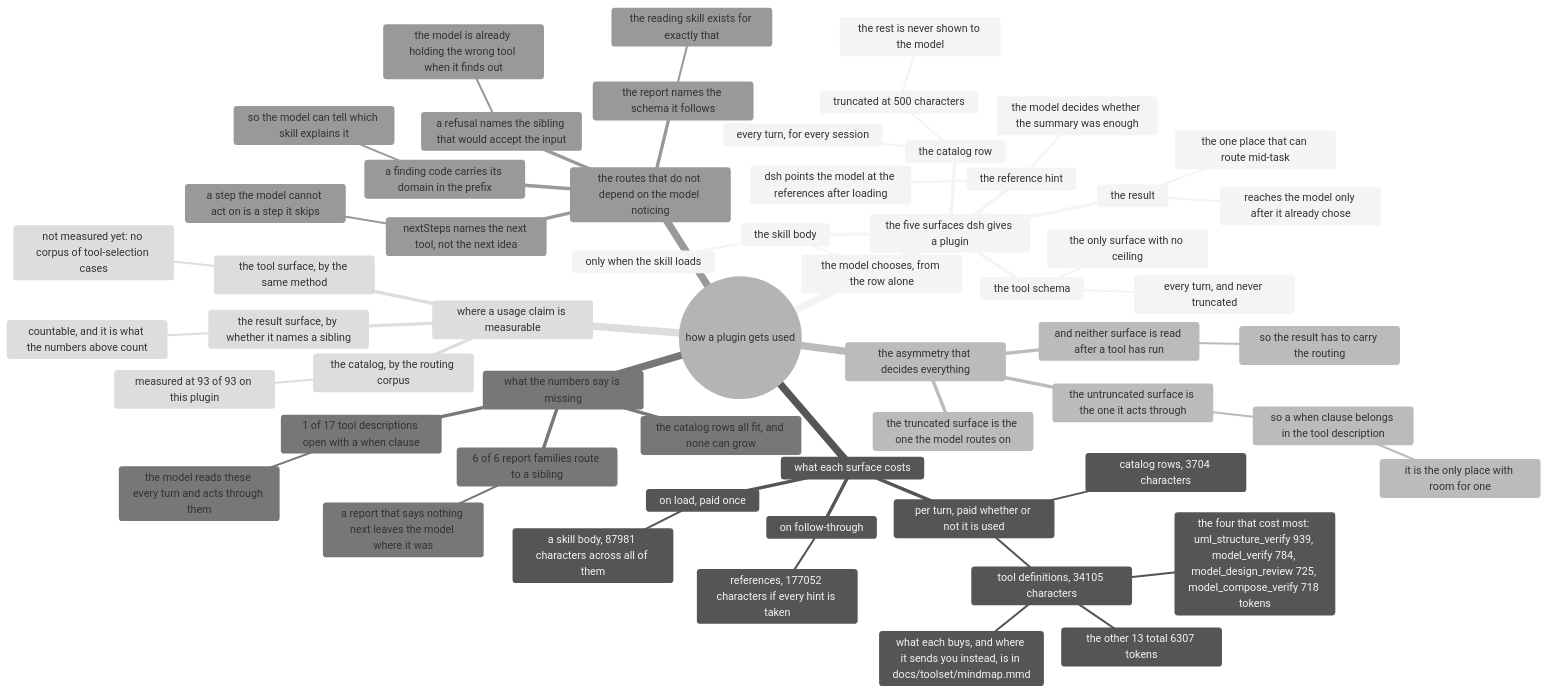
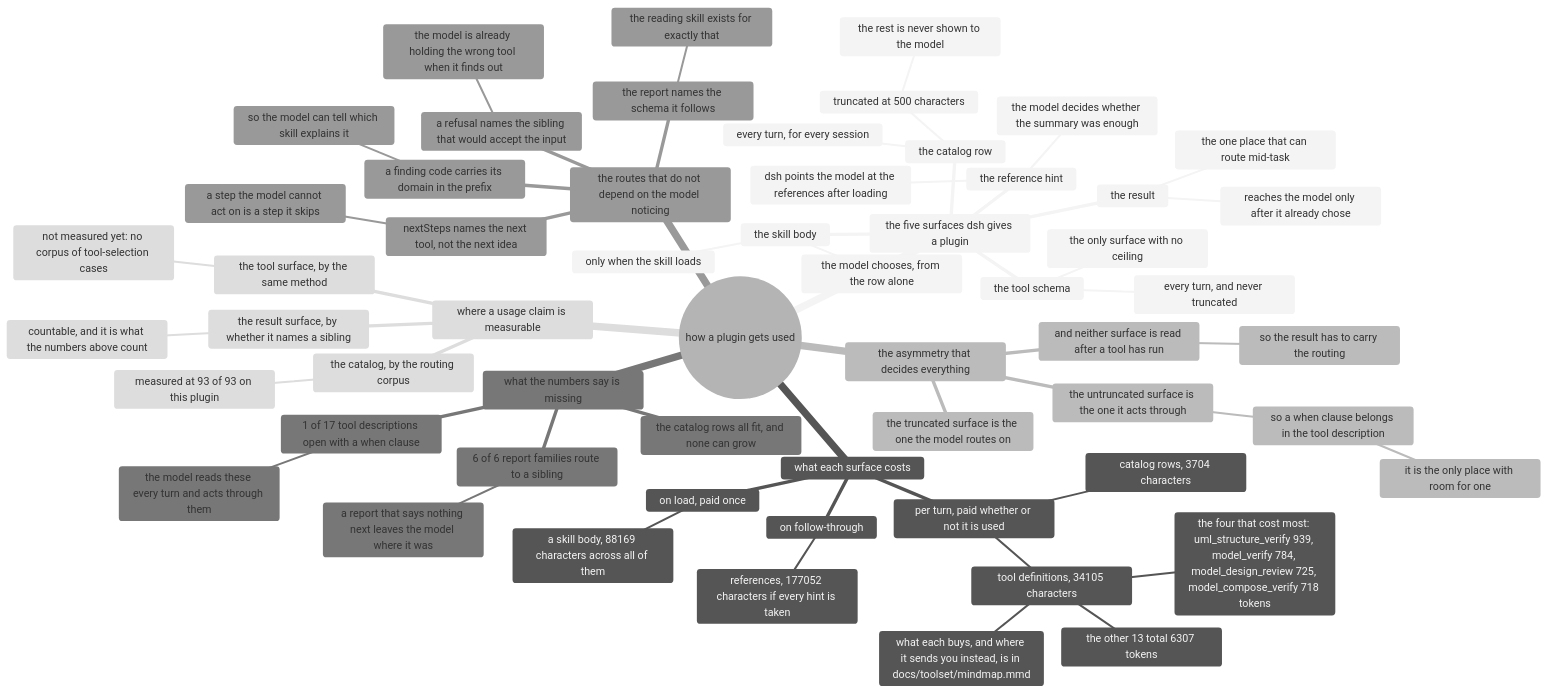
One commit to AmethystLuna/dsh-model-everything changed the diagram in docs/usage/mindmap.mmd. Above: the diagram before and after it, drawn with Mermaid (neutral theme). The commit also changed 12 other files, not shown here.

First line of the commit message:
docs(diagram): say that a direction keyword does not change the layout

```diff
--- a/docs/usage/mindmap.mmd
+++ b/docs/usage/mindmap.mmd
@@ -1,59 +1,59 @@
 mindmap
 root((how a plugin gets used))
   the five surfaces dsh gives a plugin
     the catalog row
       every turn, for every session
       truncated at 500 characters
         the rest is never shown to the model
     the skill body
       only when the skill loads
       the model chooses, from the row alone
     the reference hint
       dsh points the model at the references after loading
       the model decides whether the summary was enough
     the tool schema
       every turn, and never truncated
       the only surface with no ceiling
     the result
       reaches the model only after it already chose
       the one place that can route mid-task
   what each surface costs
     per turn, paid whether or not it is used
       catalog rows, 3704 characters
       tool definitions, 34105 characters
         the four that cost most: uml_structure_verify 939, model_verify 784, model_design_review 725, model_compose_verify 718 tokens
         the other 13 total 6307 tokens
         what each buys, and where it sends you instead, is in docs/toolset/mindmap.mmd
     on load, paid once
-      a skill body, 87981 characters across all of them
+      a skill body, 88169 characters across all of them
     on follow-through
       references, 177052 characters if every hint is taken
   the asymmetry that decides everything
     the truncated surface is the one the model routes on
     the untruncated surface is the one it acts through
       so a when clause belongs in the tool description
         it is the only place with room for one
     and neither surface is read after a tool has run
       so the result has to carry the routing
   what the numbers say is missing
     1 of 17 tool descriptions open with a when clause
       the model reads these every turn and acts through them
     6 of 6 report families route to a sibling
       a report that says nothing next leaves the model where it was
     the catalog rows all fit, and none can grow
   the routes that do not depend on the model noticing
     a refusal names the sibling that would accept the input
       the model is already holding the wrong tool when it finds out
     nextSteps names the next tool, not the next idea
       a step the model cannot act on is a step it skips
     a finding code carries its domain in the prefix
       so the model can tell which skill explains it
     the report names the schema it follows
       the reading skill exists for exactly that
   where a usage claim is measurable
     the catalog, by the routing corpus
       measured at 93 of 93 on this plugin
     the tool surface, by the same method
       not measured yet: no corpus of tool-selection cases
     the result surface, by whether it names a sibling
       countable, and it is what the numbers above count
```
